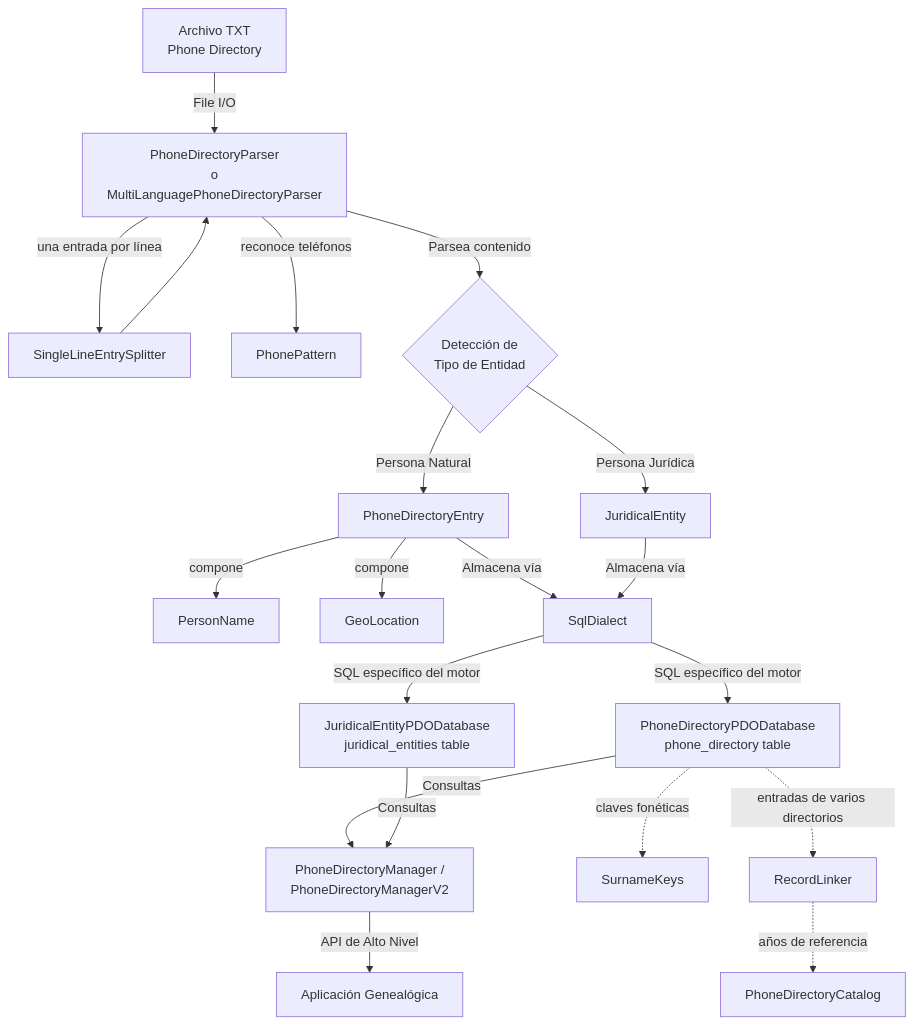
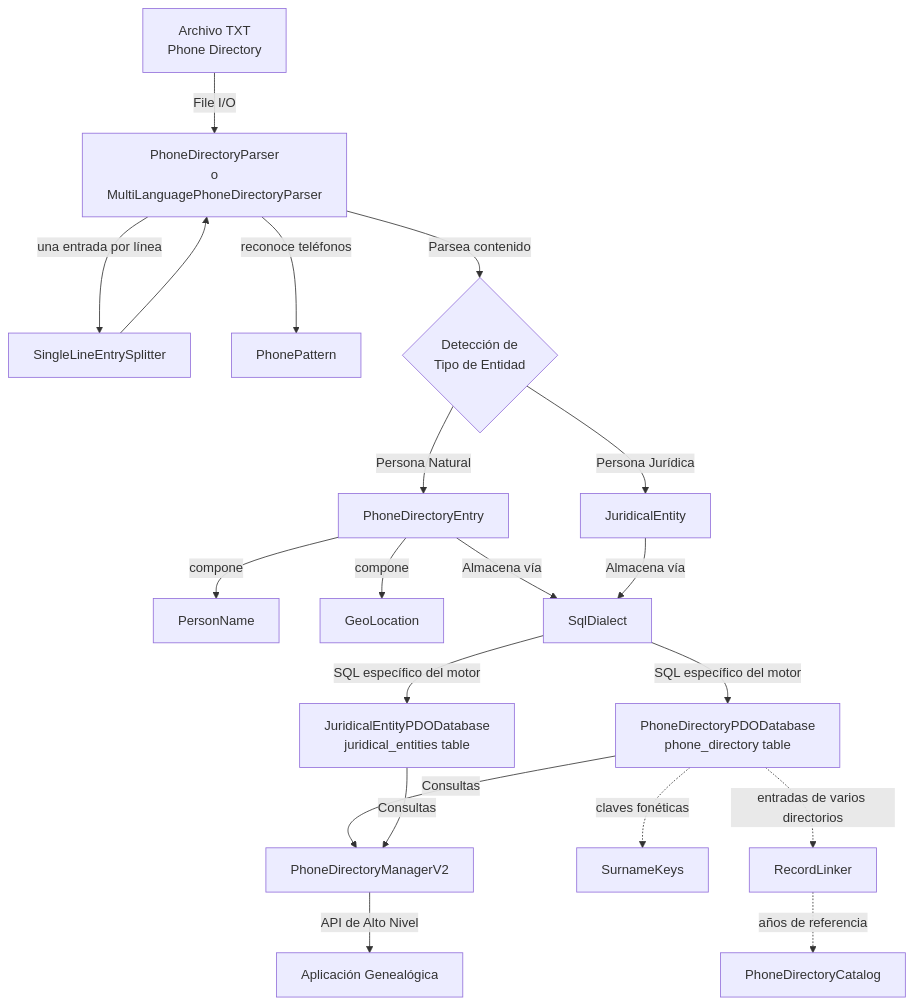
The first of 11 diagrams in phone-directory/docs/ARCHITECTURE.md (lol-protocol/php), drawn with Mermaid before and after one commit. The commit also changed 11 other files, not shown here.

````diff
--- a/phone-directory/docs/ARCHITECTURE.md
+++ b/phone-directory/docs/ARCHITECTURE.md
@@ -7,30 +7,30 @@
 ```mermaid
 graph TD
     A[Archivo TXT<br/>Phone Directory] -->|File I/O| B[PhoneDirectoryParser<br/>o<br/>MultiLanguagePhoneDirectoryParser]
 
     B -->|una entrada por línea| S[SingleLineEntrySplitter]
     B -->|reconoce teléfonos| PP[PhonePattern]
     S --> B
 
     B -->|Parsea contenido| C{Detección de<br/>Tipo de Entidad}
 
     C -->|Persona Natural| D[PhoneDirectoryEntry]
     C -->|Persona Jurídica| E[JuridicalEntity]
 
     D -->|compone| PN[PersonName]
     D -->|compone| GL[GeoLocation]
 
     D -->|Almacena vía| SD[SqlDialect]
     E -->|Almacena vía| SD
     SD -->|SQL específico del motor| F[PhoneDirectoryPDODatabase<br/>phone_directory table]
     SD -->|SQL específico del motor| G[JuridicalEntityPDODatabase<br/>juridical_entities table]
 
-    F -->|Consultas| H[PhoneDirectoryManager /<br/>PhoneDirectoryManagerV2]
+    F -->|Consultas| H[PhoneDirectoryManagerV2]
     G -->|Consultas| H
 
     F -.->|claves fonéticas| SK[SurnameKeys]
     F -.->|entradas de varios directorios| RL[RecordLinker]
     RL -.->|años de referencia| CAT[PhoneDirectoryCatalog]
 
     H -->|API de Alto Nivel| I[Aplicación Genealógica]
 ```
````
